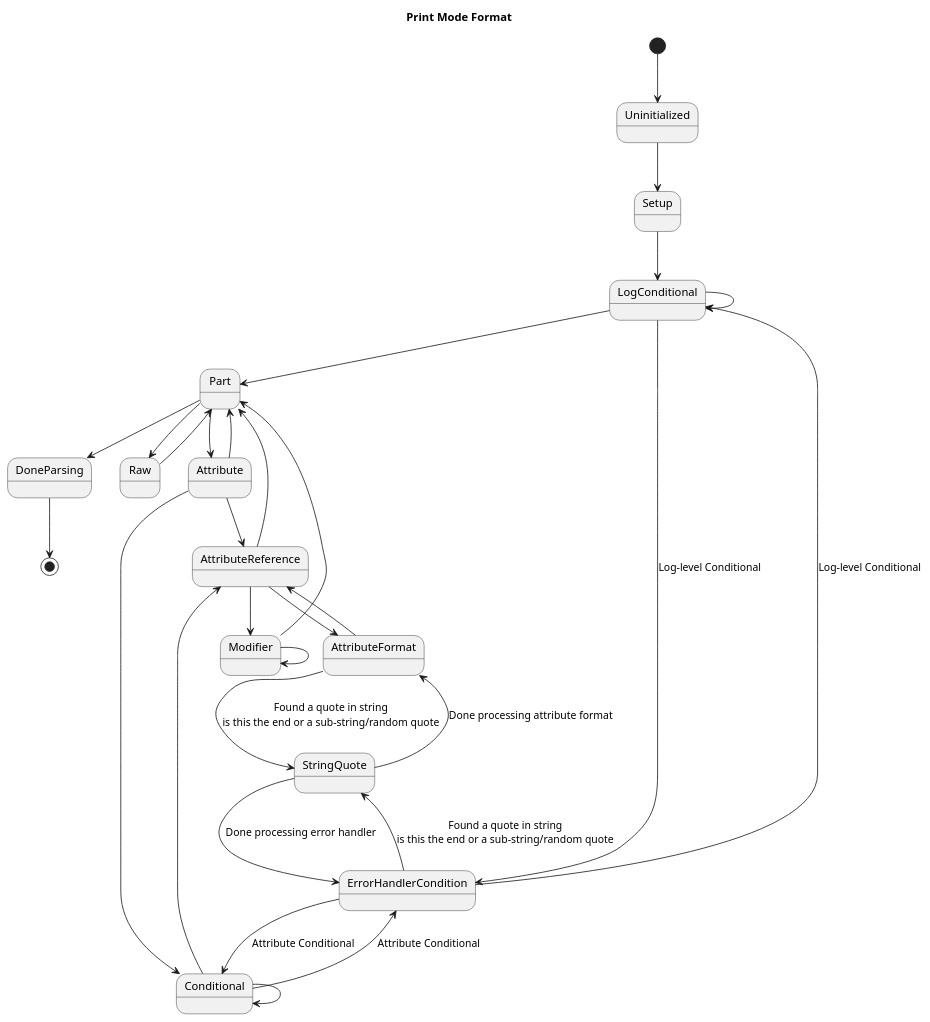
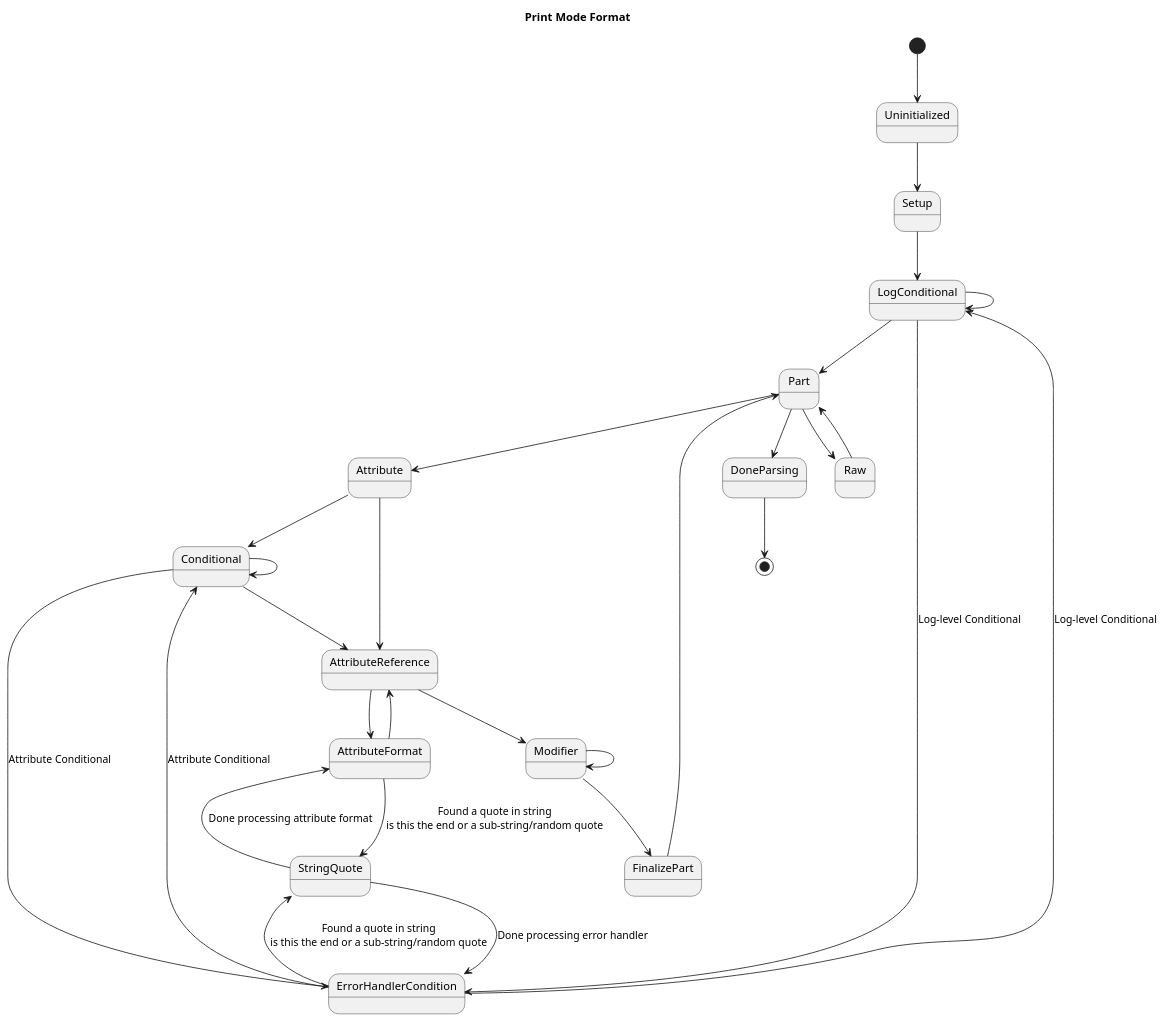
The diagram in Docs/PrintModeParserStates.puml (rcmaniac25/stethoscope), drawn with PlantUML before and after one commit. The commit also changed 2 other files, not shown here.

Commit message:
Added attribute reference handling

```diff
--- a/Docs/PrintModeParserStates.puml
+++ b/Docs/PrintModeParserStates.puml
@@ -1,47 +1,47 @@
 @startuml
 
 title Print Mode Format
 
 [*] --> Uninitialized
 Uninitialized --> Setup
 
 Setup --> LogConditional
 
 LogConditional --> LogConditional
 
 LogConditional --> Part
 
 Part --> DoneParsing
 
 Part --> Raw
 Raw --> Part
 
 Part --> Attribute
-Attribute --> Part
 
 Attribute --> Conditional
 Attribute --> AttributeReference
 Conditional --> Conditional
 Conditional --> AttributeReference
 AttributeReference --> Modifier
-AttributeReference --> Part
 Modifier --> Modifier
-Modifier --> Part
+Modifier --> FinalizePart
+
+FinalizePart --> Part
 
 AttributeReference --> AttributeFormat
 AttributeFormat --> AttributeReference
 
 AttributeFormat --> StringQuote : Found a quote in string\nis this the end or a sub-string/random quote
 StringQuote --> AttributeFormat : Done processing attribute format
 
 LogConditional --> ErrorHandlerCondition : Log-level Conditional
 ErrorHandlerCondition --> LogConditional : Log-level Conditional
 Conditional --> ErrorHandlerCondition : Attribute Conditional
 ErrorHandlerCondition --> Conditional : Attribute Conditional
 
 ErrorHandlerCondition --> StringQuote : Found a quote in string\nis this the end or a sub-string/random quote
 StringQuote --> ErrorHandlerCondition : Done processing error handler
 
 DoneParsing --> [*]
 
 @enduml
```
